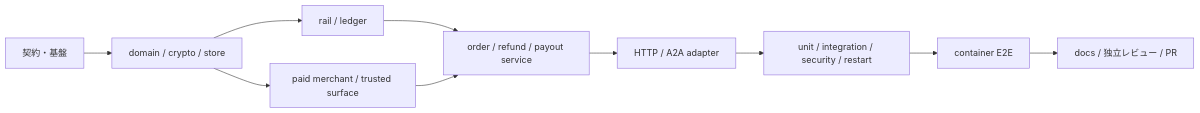
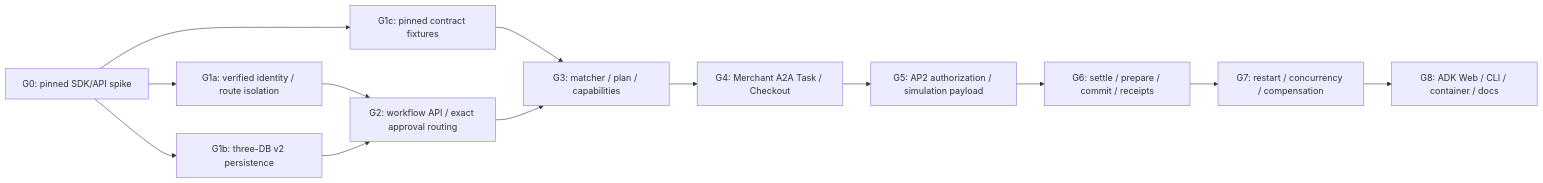
The diagram in docs/AP2_X402_IMPLEMENTATION_PLAN.md (TaichiHiromatsu/secure-ai-agent-matching-platform), drawn with Mermaid before and after one commit. The commit also changed other lines of this file and 120 other files, not shown here.

````diff
--- a/docs/AP2_X402_IMPLEMENTATION_PLAN.md
+++ b/docs/AP2_X402_IMPLEMENTATION_PLAN.md
@@ -16,12 +83,15 @@
 ```mermaid
 flowchart LR
-    F["契約・基盤"] --> D["domain / crypto / store"]
-    D --> L["rail / ledger"]
-    D --> M["paid merchant / trusted surface"]
-    L --> S["order / refund / payout service"]
-    M --> S
-    S --> A["HTTP / A2A adapter"]
-    A --> V["unit / integration / security / restart"]
-    V --> C["container E2E"]
-    C --> R["docs / 独立レビュー / PR"]
+    S0["G0: pinned SDK/API spike"] --> S1["G1a: verified identity / route isolation"]
+    S0 --> S2["G1b: three-DB v2 persistence"]
+    S0 --> S3["G1c: pinned contract fixtures"]
+    S1 --> S4["G2: workflow API / exact approval routing"]
+    S2 --> S4
+    S3 --> S5["G3: matcher / plan / capabilities"]
+    S4 --> S5
+    S5 --> S6["G4: Merchant A2A Task / Checkout"]
+    S6 --> S7["G5: AP2 authorization / simulation payload"]
+    S7 --> S8["G6: settle / prepare / commit / receipts"]
+    S8 --> S9["G7: restart / concurrency / compensation"]
+    S9 --> S10["G8: ADK Web / CLI / container / docs"]
 ```
````
